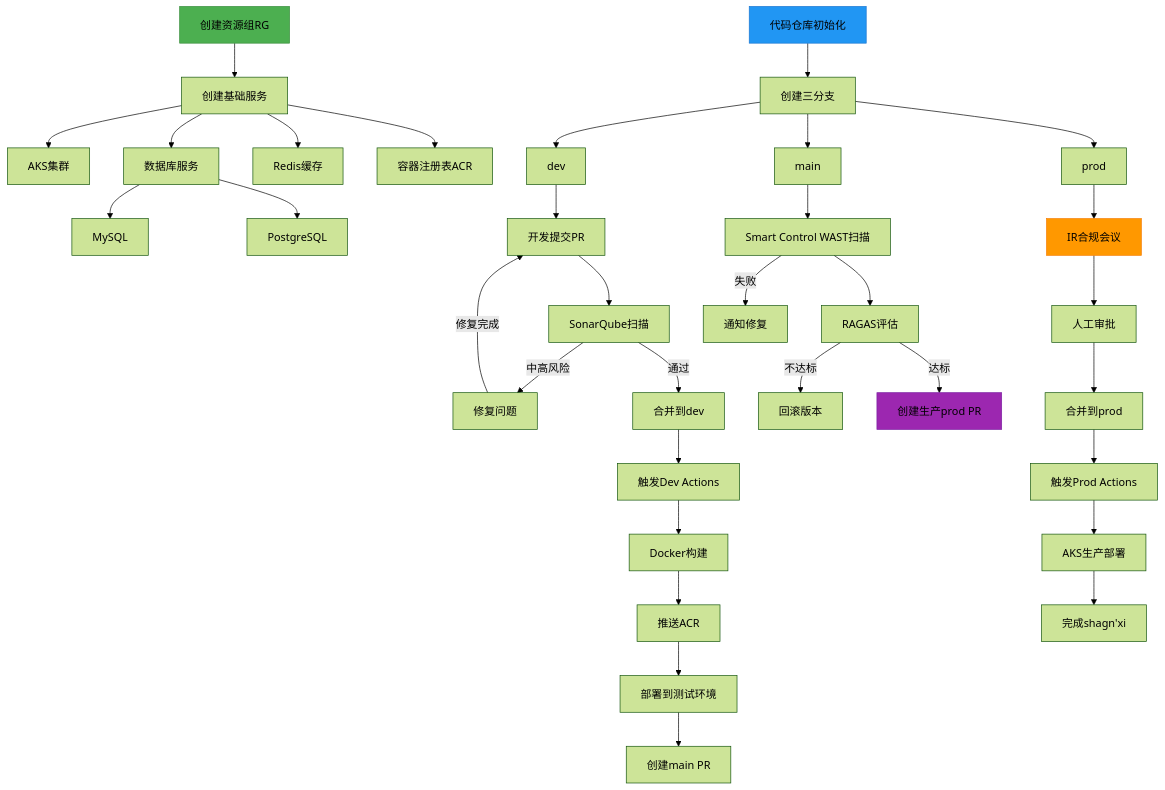
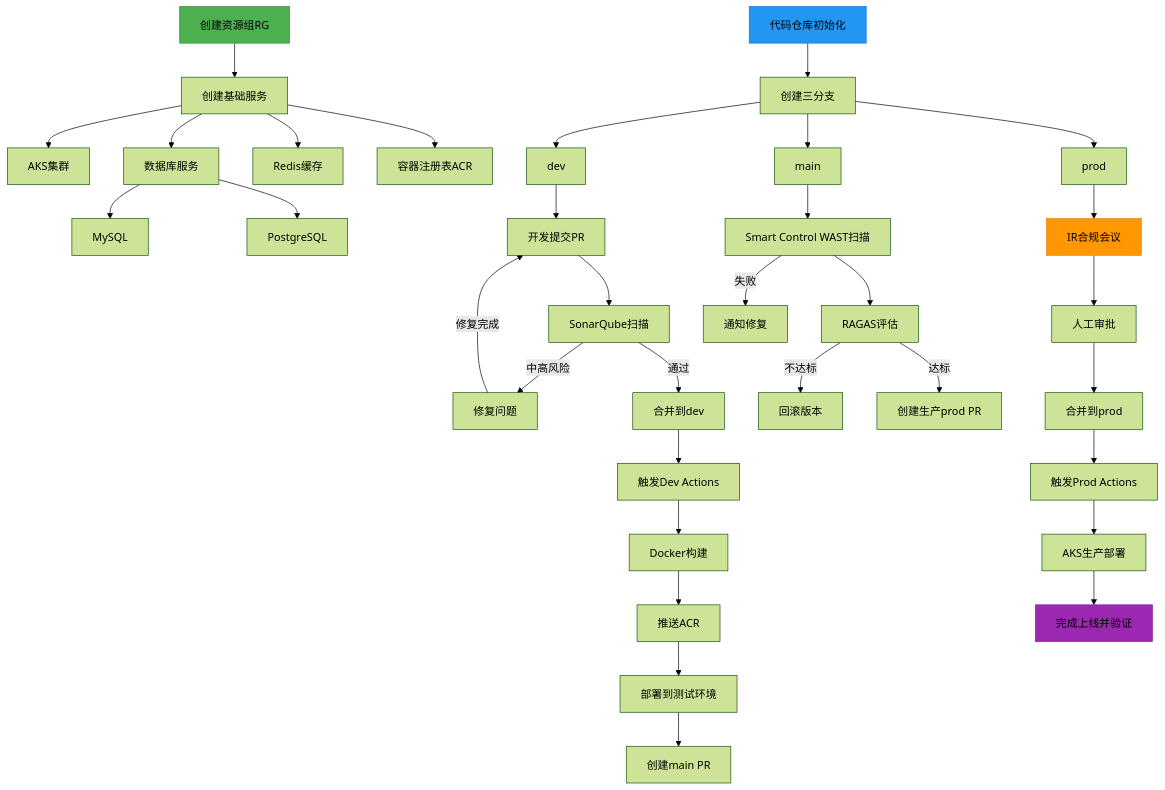
Before and after one commit to funnyData/iodraw-files: the diagram in all/未命名-1.md, drawn with Mermaid (forest theme).

Commit message:
2025-02-27 09:21:29 update

````diff
--- a/all/未命名-1.md
+++ b/all/未命名-1.md
@@ -1,61 +1,61 @@
 ```mermaid
 graph TD
     A[创建资源组RG] --> B[创建基础服务]
     B --> C[AKS集群]
     B --> D[数据库服务]
     D --> DA[MySQL]
     D --> DB[PostgreSQL]
     B --> E[Redis缓存]
     B --> F[容器注册表ACR]
     
     G[代码仓库初始化] --> H[创建三分支]
     H --> I[dev]
     H --> J[main]
     H --> K[prod]
     K --> W[IR合规会议]
     J --> T[Smart Control WAST扫描]
     
     I --> L[开发提交PR]
     L --> M[SonarQube扫描]
     M -->|中高风险| N[修复问题]
     N -->|修复完成|L
     M -->|通过| O[合并到dev]
     
     O --> P[触发Dev Actions]
     P --> Q[Docker构建]
     Q --> R[推送ACR]
     R --> S[部署到测试环境]
     S --> SA[创建main PR]
     %% S -->V[创建生产PR]
 
     
     %% S --> T[Smart Control WAST扫描]
     %% T -->|失败| U[通知修复]
 
     
     %% T -->|通过| V[创建生产PR]
 T--> AD[RAGAS评估]
     AD -->|不达标| AE[回滚版本]
     AD -->|达标| AF[创建生产prod PR]
     T -->|失败| U[通知修复]
     
     %% V --> W[IR合规会议]
     W --> X[人工审批]
     X --> Y[合并到prod]
     
     Y --> Z[触发Prod Actions]
     Z --> AC[AKS生产部署]
-    AC --> ZA[完成shagn'xi]
+    AC --> ZA[完成上线并验证]
     %% Z --> AA[安全扫描]
     %% AA -->|高风险| AB[终止部署]
     %% AA -->|通过| AC[AKS生产部署]
     
     %% AC --> AD[RAGAS评估]
     %% AD -->|不达标| AE[回滚版本]
     %% AD -->|达标| AF[完成上线]
     
     style A fill:#4CAF50,stroke:#388E3C
     style G fill:#2196F3,stroke:#1976D2
     style W fill:#FF9800,stroke:#F57C00
-    style AF fill:#9C27B0,stroke:#7B1FA2
+    style ZA fill:#9C27B0,stroke:#7B1FA2
 ```
````
